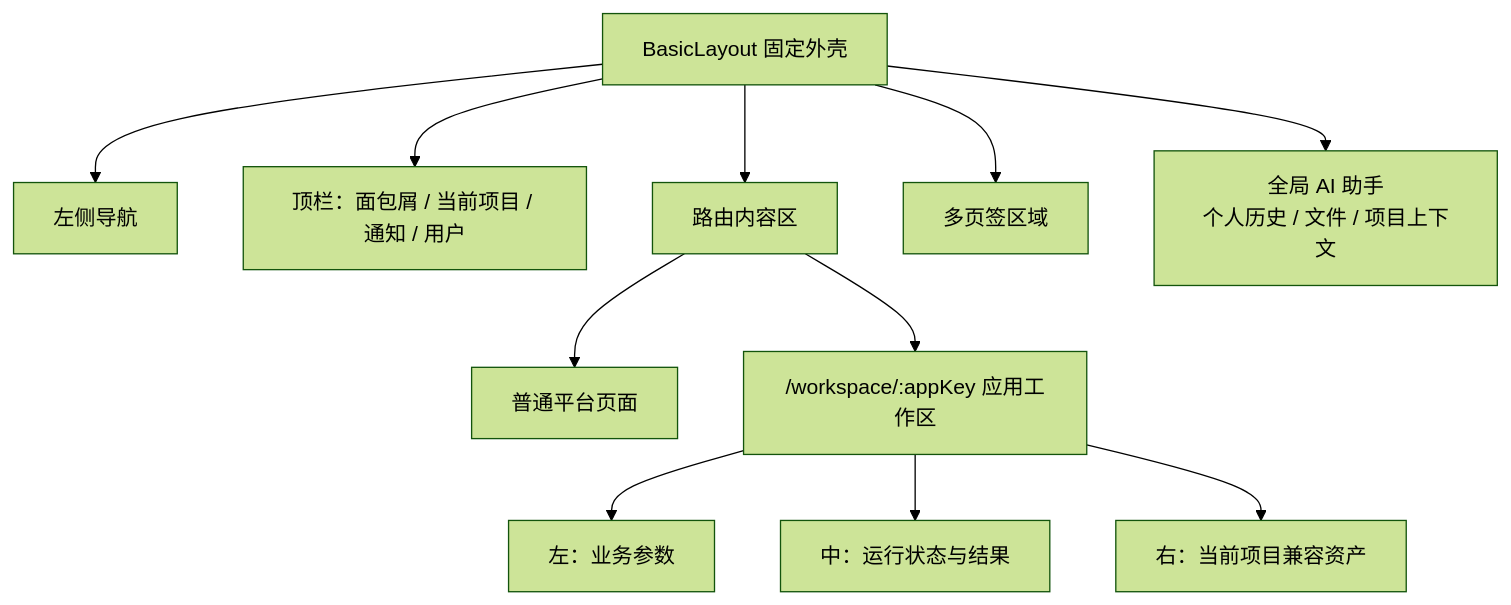
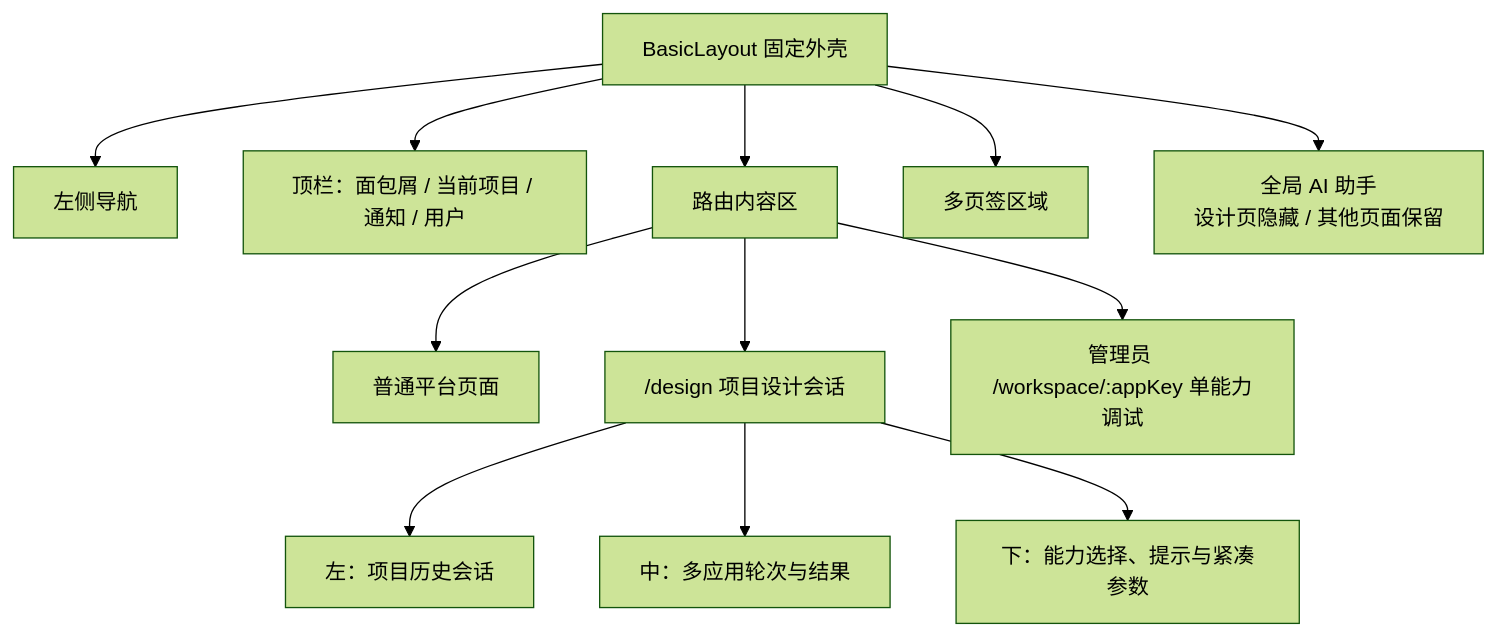
One commit to hywchina/vue-vben-admin changed the third of 12 diagrams in docs/rail-platform/ARCHITECTURE.md. Above: the diagram before and after it, drawn with Mermaid (forest theme). The commit also changed other lines of this file and 32 other files, not shown here.

Commit message:
feat(project): unify multi-app design conversations

````diff
--- a/docs/rail-platform/ARCHITECTURE.md
+++ b/docs/rail-platform/ARCHITECTURE.md
@@ -136,16 +136,17 @@
 ```mermaid
 flowchart TB
   Layout["BasicLayout 固定外壳"]
   Layout --> Nav["左侧导航"]
   Layout --> Header["顶栏：面包屑 / 当前项目 / 通知 / 用户"]
   Layout --> RouteArea["路由内容区"]
   Layout --> Tabs["多页签区域"]
-  Layout --> Assistant["全局 AI 助手<br/>个人历史 / 文件 / 项目上下文"]
+  Layout --> Assistant["全局 AI 助手<br/>设计页隐藏 / 其他页面保留"]
 
   RouteArea --> Normal["普通平台页面"]
-  RouteArea --> AppArea["/workspace/:appKey 应用工作区"]
+  RouteArea --> DesignArea["/design 项目设计会话"]
+  RouteArea --> AppArea["管理员 /workspace/:appKey 单能力调试"]
 
-  AppArea --> Input["左：业务参数"]
-  AppArea --> Stage["中：运行状态与结果"]
-  AppArea --> Assets["右：当前项目兼容资产"]
+  DesignArea --> History["左：项目历史会话"]
+  DesignArea --> Stage["中：多应用轮次与结果"]
+  DesignArea --> Composer["下：能力选择、提示与紧凑参数"]
 ```
````
